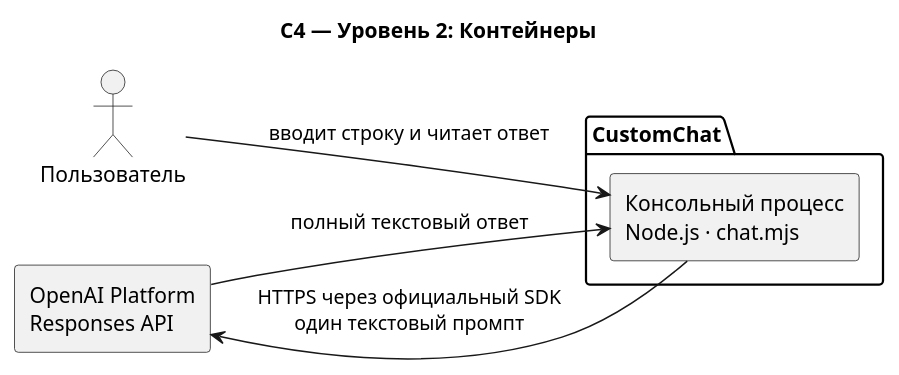
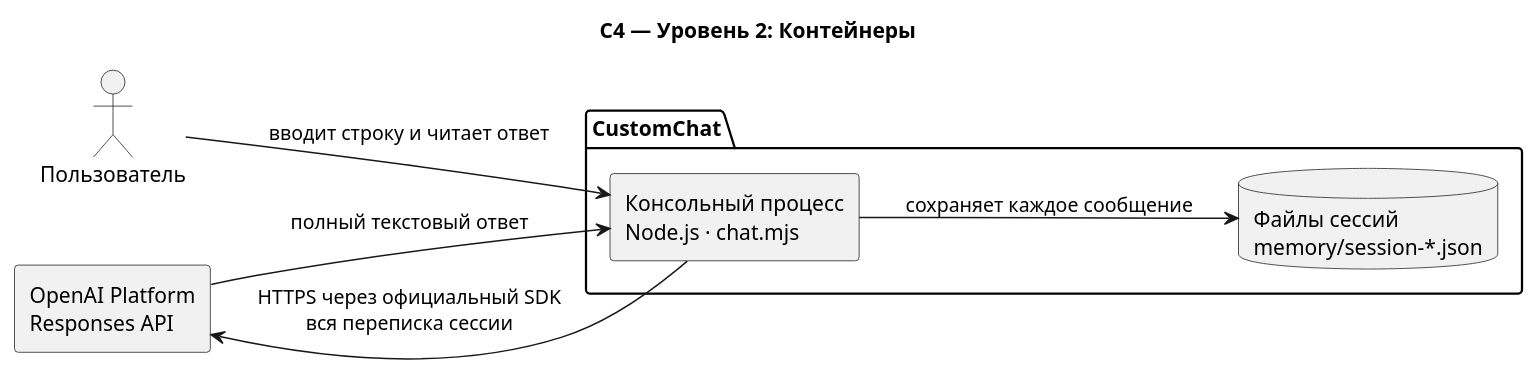
Before and after one commit to Dima163163/tg-bot: the diagram in 03-codex-killer/docs/diagrams/c4-containers.puml, drawn with PlantUML. The commit also changed 9 other files, not shown here.

```diff
--- a/03-codex-killer/docs/diagrams/c4-containers.puml
+++ b/03-codex-killer/docs/diagrams/c4-containers.puml
@@ -1,16 +1,18 @@
 @startuml
 title C4 — Уровень 2: Контейнеры
 left to right direction
 skinparam shadowing false
 skinparam wrapWidth 220
 
 actor "Пользователь" as user
 package "CustomChat" {
   rectangle "Консольный процесс\nNode.js · chat.mjs" as consoleApp
+  database "Файлы сессий\nmemory/session-*.json" as memory
 }
 rectangle "OpenAI Platform\nResponses API" as openai
 
 user --> consoleApp : вводит строку и читает ответ
-consoleApp --> openai : HTTPS через официальный SDK\nодин текстовый промпт
+consoleApp --> memory : сохраняет каждое сообщение
+consoleApp --> openai : HTTPS через официальный SDK\nвся переписка сессии
 openai --> consoleApp : полный текстовый ответ
 @enduml
```
